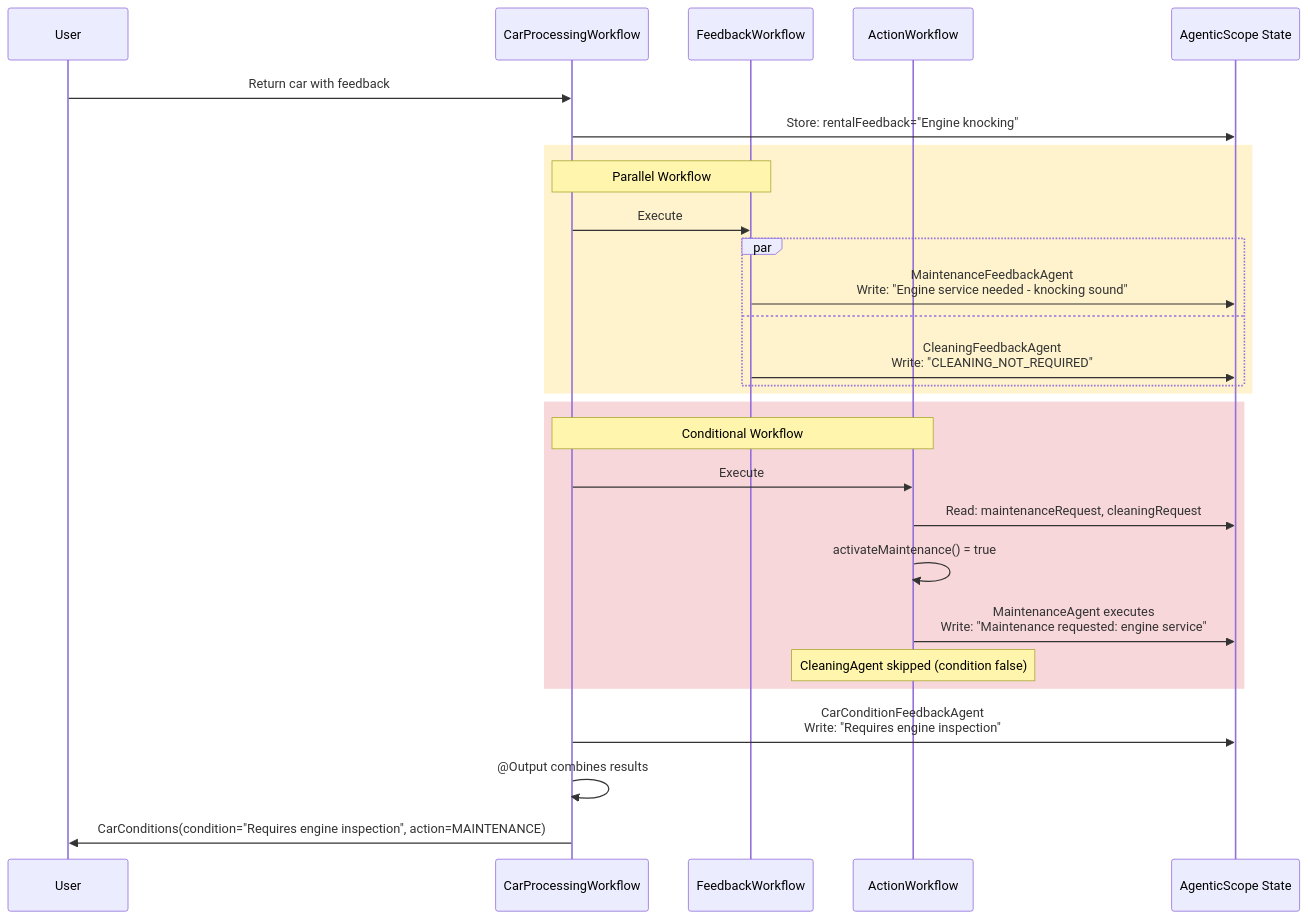
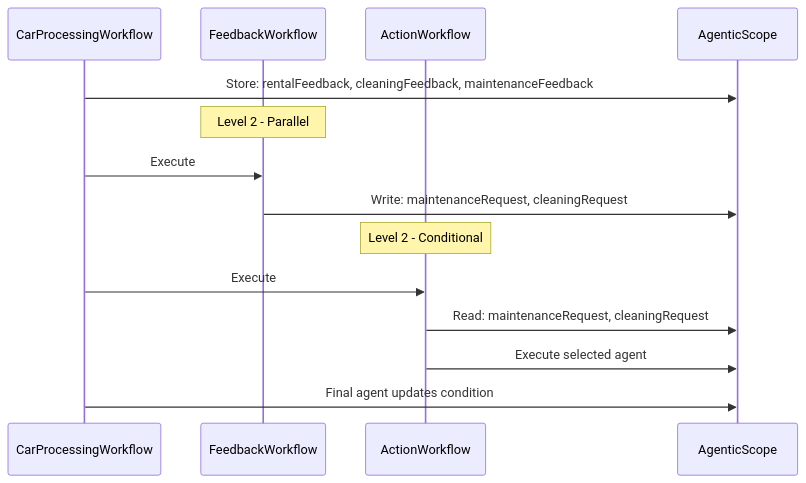
The sixth of 6 diagrams in docs/docs/section-2/step-03.md (quarkusio/quarkus-workshop-langchain4j), drawn with Mermaid before and after one commit. The commit also changed other lines of this file and 6 other files, not shown here.

````diff
--- a/docs/docs/section-2/step-03.md
+++ b/docs/docs/section-2/step-03.md
@@ -559,35 +362,20 @@
 ```mermaid
 sequenceDiagram
-    participant User
     participant Main as CarProcessingWorkflow
     participant Feedback as FeedbackWorkflow
     participant Action as ActionWorkflow
-    participant Scope as AgenticScope State
+    participant Scope as AgenticScope
 
-    User->>Main: Return car with feedback
-    Main->>Scope: Store: rentalFeedback="Engine knocking"
-
-    rect rgb(255, 243, 205)
-    Note over Main,Feedback: Parallel Workflow
+    Main->>Scope: Store: rentalFeedback, cleaningFeedback, maintenanceFeedback
+    
+    Note over Feedback: Level 2 - Parallel
     Main->>Feedback: Execute
-    par
-        Feedback->>Scope: MaintenanceFeedbackAgent<br/>Write: "Engine service needed - knocking sound"
-    and
-        Feedback->>Scope: CleaningFeedbackAgent<br/>Write: "CLEANING_NOT_REQUIRED"
-    end
-    end
-
-    rect rgb(248, 215, 218)
-    Note over Main,Action: Conditional Workflow
+    Feedback->>Scope: Write: maintenanceRequest, cleaningRequest
+    
+    Note over Action: Level 2 - Conditional
     Main->>Action: Execute
     Action->>Scope: Read: maintenanceRequest, cleaningRequest
-    Action->>Action: activateMaintenance() = true
-    Action->>Scope: MaintenanceAgent executes<br/>Write: "Maintenance requested: engine service"
-    Note over Action: CleaningAgent skipped (condition false)
-    end
-
-    Main->>Scope: CarConditionFeedbackAgent<br/>Write: "Requires engine inspection"
-
-    Main->>Main: @Output combines results
-    Main->>User: CarConditions(condition="Requires engine inspection", action=MAINTENANCE)
+    Action->>Scope: Execute selected agent
+    
+    Main->>Scope: Final agent updates condition
 ```
````
